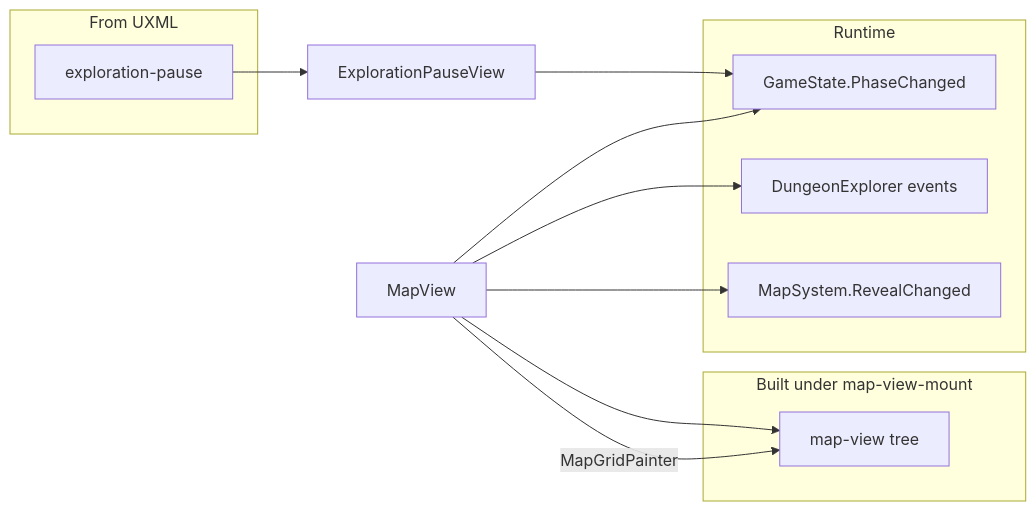
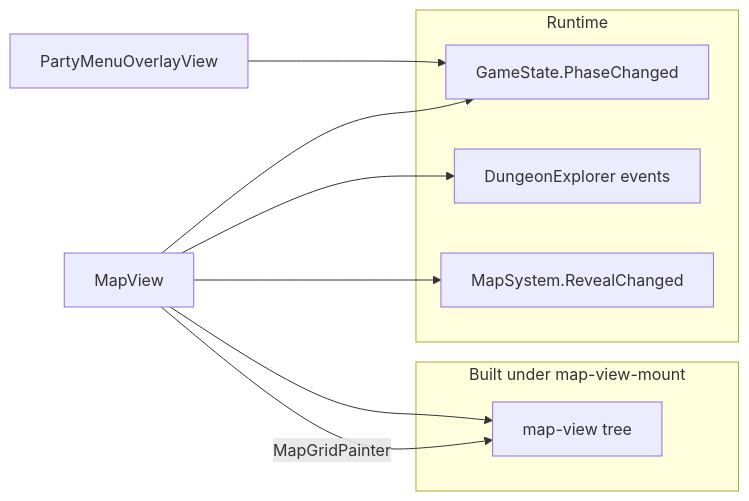
Before and after one commit to miramocha/griddungeon-design-docs: the third of 5 diagrams in docs/02-systems/exploration-ui.md, drawn with Mermaid. The commit also changed other lines of this file and 3 other files, not shown here.

First line of the commit message:
docs(ui): party menu is exploration pause shell

````diff
--- a/docs/02-systems/exploration-ui.md
+++ b/docs/02-systems/exploration-ui.md
@@ -120,28 +116,23 @@
 ```mermaid
 flowchart LR
-    subgraph UXML_Static["From UXML"]
-        PAUSE[exploration-pause]
-    end
-
     subgraph UXML_Dynamic["Built under map-view-mount"]
         MAP[map-view tree]
     end
 
     subgraph Runtime["Runtime"]
         GS[GameState.PhaseChanged]
         EX[DungeonExplorer events]
         MS[MapSystem.RevealChanged]
     end
 
-    EPV[ExplorationPauseView]
+    PMO[PartyMenuOverlayView]
     MV[MapView]
 
-    PAUSE --> EPV
-    EPV --> GS
+    PMO --> GS
 
     MV --> MAP
     MV --> GS
     MV --> EX
     MV --> MS
     MV -->|MapGridPainter| MAP
 ```
````
